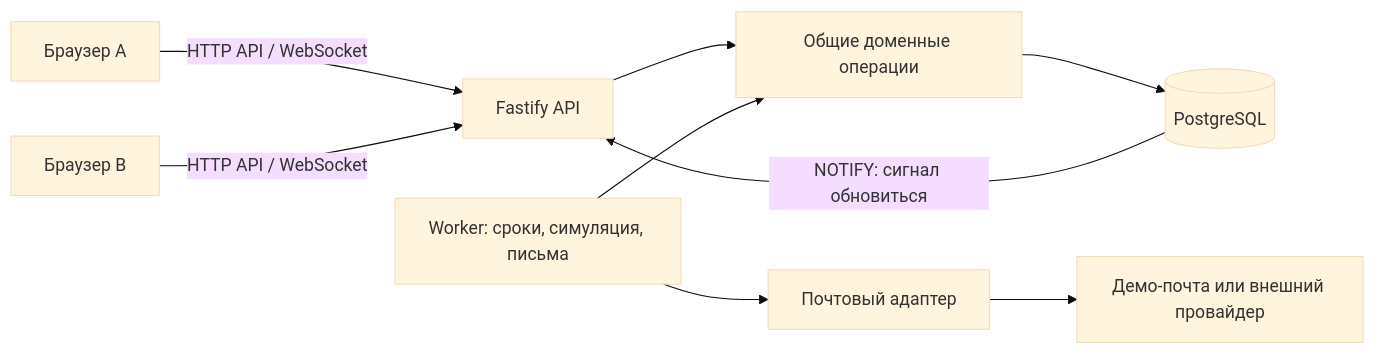
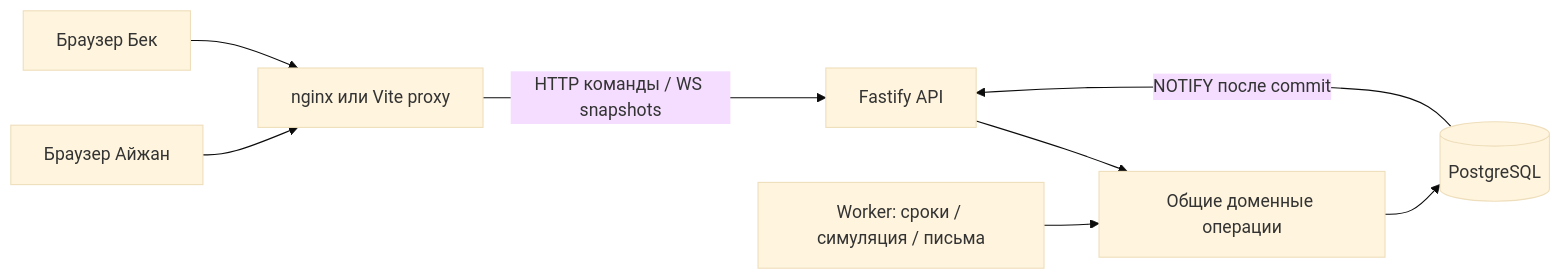
Before and after one commit to r33n99/samokettik: the diagram in docs/ARCHITECTURE.md, drawn with Mermaid (base theme). The commit also changed other lines of this file and 64 other files, not shown here.

````diff
--- a/docs/ARCHITECTURE.md
+++ b/docs/ARCHITECTURE.md
@@ -19,11 +9,10 @@
 ```mermaid
 flowchart LR
-    A[Браузер A] -->|HTTP API / WebSocket| API[Fastify API]
-    B[Браузер B] -->|HTTP API / WebSocket| API
-    API --> DOMAIN[Общие доменные операции]
-    W[Worker: сроки, симуляция, письма] --> DOMAIN
-    DOMAIN --> PG[(PostgreSQL)]
-    PG -->|NOTIFY: сигнал обновиться| API
-    W --> MAIL[Почтовый адаптер]
-    MAIL --> BOX[Демо-почта или внешний провайдер]
+  A[Браузер Айжан] --> WEB[nginx или Vite proxy]
+  B[Браузер Бек] --> WEB
+  WEB -->|HTTP команды / WS snapshots| API[Fastify API]
+  API --> DOMAIN[Общие доменные операции]
+  WORKER[Worker: сроки / симуляция / письма] --> DOMAIN
+  DOMAIN --> PG[(PostgreSQL)]
+  PG -->|NOTIFY после commit| API
 ```
````
